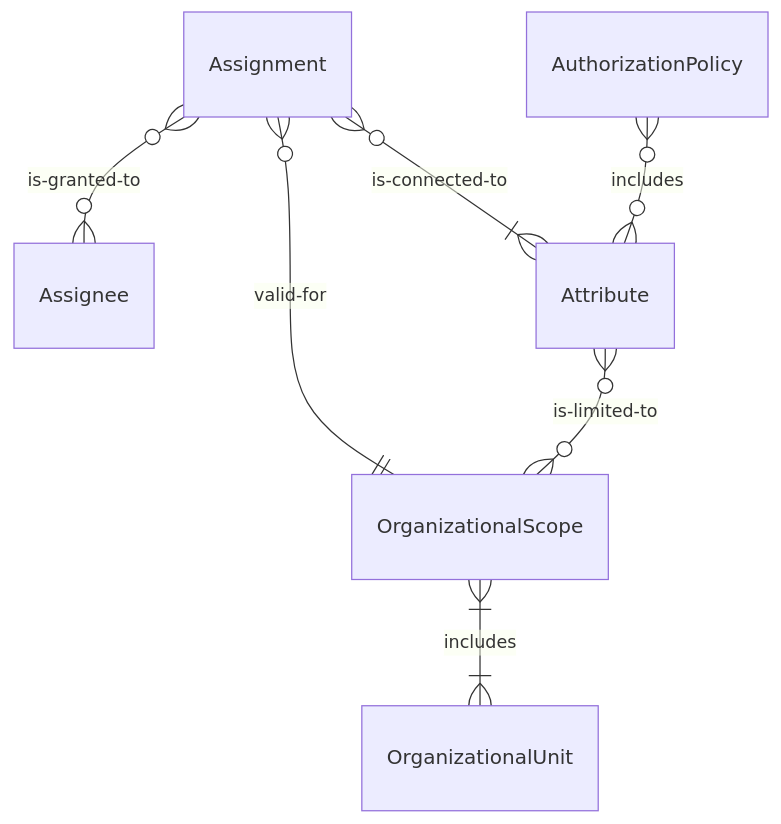
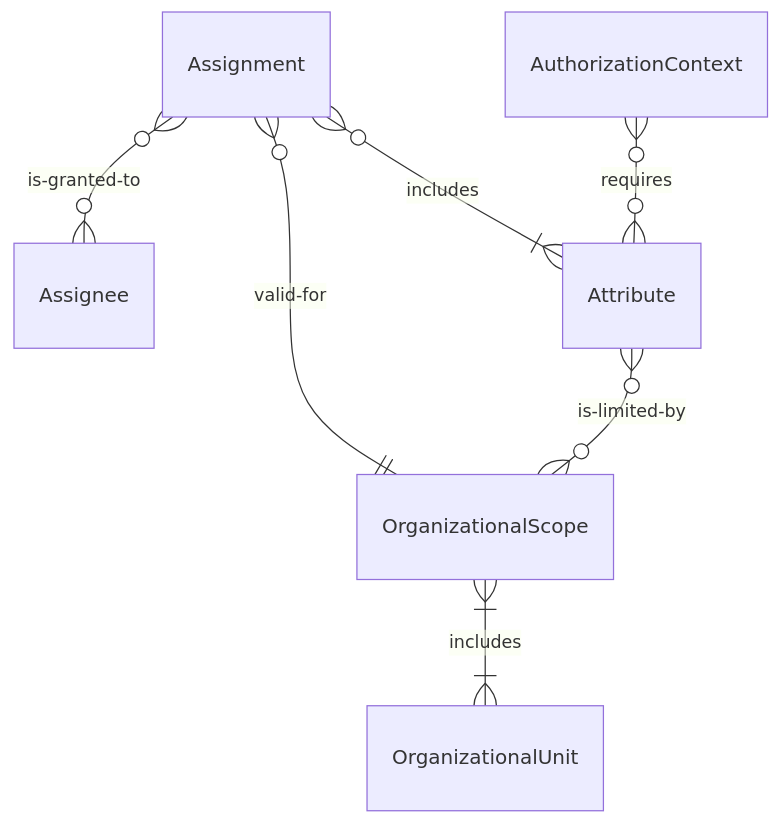
Before and after one commit to diggsweden/ena-authorization: the third of 6 diagrams in IAM_TargetArchitecture_Sweden.md, drawn with Mermaid. The commit also changed other lines of this file, not shown here.

````diff
--- a/IAM_TargetArchitecture_Sweden.md
+++ b/IAM_TargetArchitecture_Sweden.md
@@ -148,10 +152,10 @@
 ```mermaid
 erDiagram
 
 Assignment }o--o{ Assignee: is-granted-to
 Assignment }o--|| OrganizationalScope: valid-for
 OrganizationalScope }|--|{ OrganizationalUnit: includes
-Attribute }o--o{ OrganizationalScope: is-limited-to 
-Assignment }o--|{ Attribute: is-connected-to
-AuthorizationPolicy }o--o{ Attribute: includes
+Attribute }o--o{ OrganizationalScope: is-limited-by 
+Assignment }o--|{ Attribute: includes
+AuthorizationContext }o--o{ Attribute: requires
 ```
````
